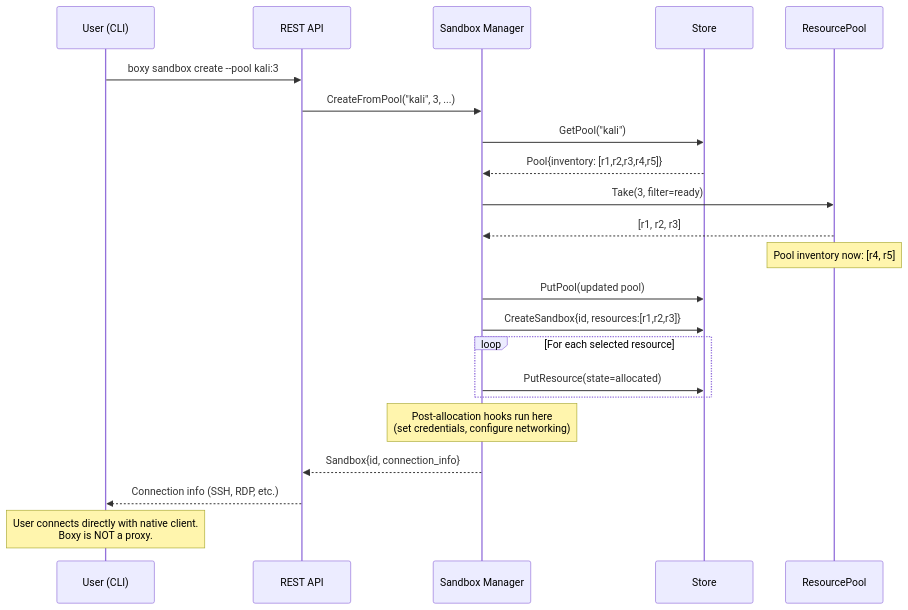
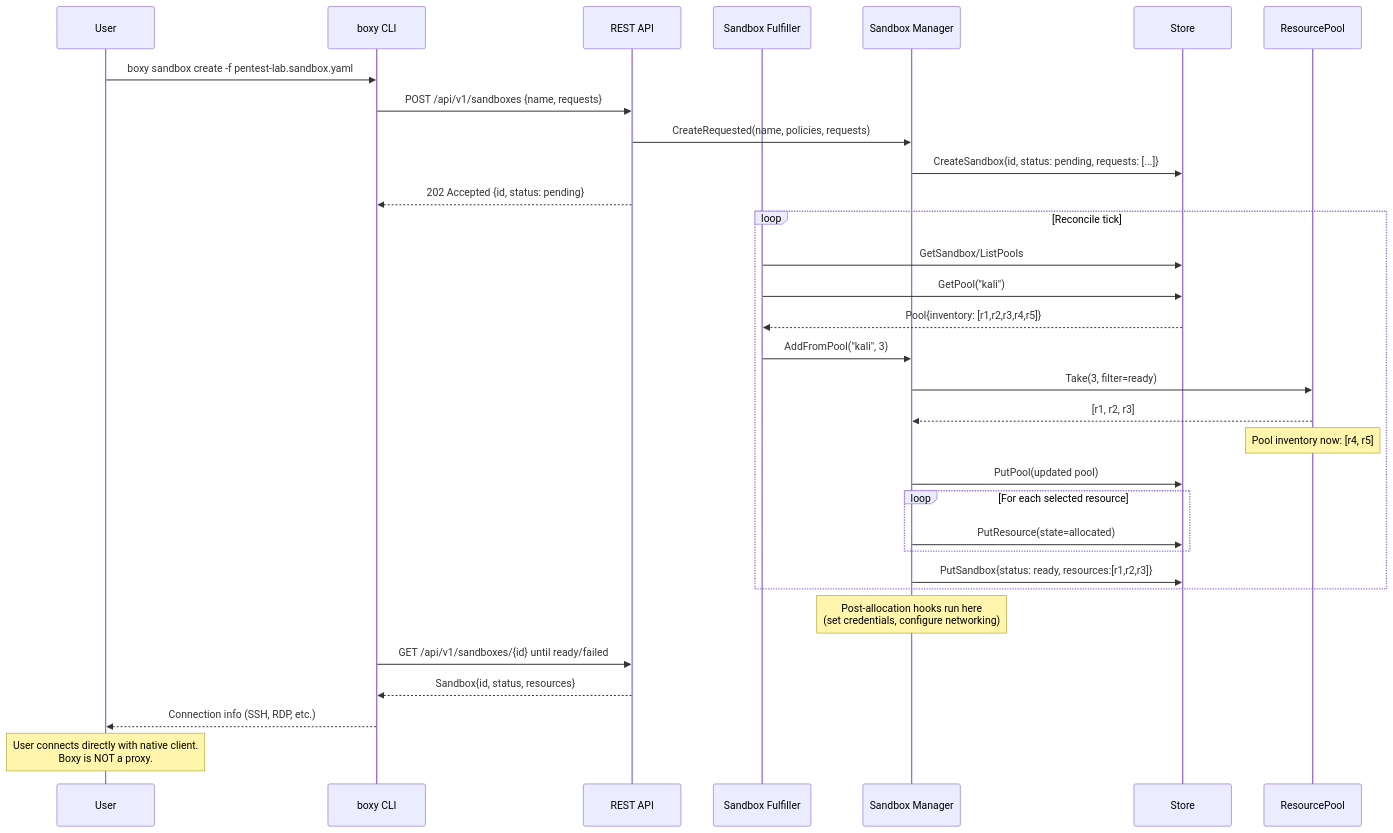
One commit to Geogboe/boxy changed the tenth of 12 diagrams in docs/architecture.md. Above: the diagram before and after it, drawn with Mermaid. The commit also changed other lines of this file and 6 other files, not shown here.

First line of the commit message:
fix: harden async sandbox create API contract

````diff
--- a/docs/architecture.md
+++ b/docs/architecture.md
@@ -408,32 +410,43 @@
 ```mermaid
 sequenceDiagram
-    participant User as User (CLI)
+    participant User as User
+    participant CLI as boxy CLI
     participant API as REST API
+    participant Fulfiller as Sandbox Fulfiller
     participant SBM as Sandbox Manager
     participant Store as Store
     participant RP as ResourcePool
 
-    User->>API: boxy sandbox create --pool kali:3
+    User->>CLI: boxy sandbox create -f pentest-lab.sandbox.yaml
+    CLI->>API: POST /api/v1/sandboxes {name, requests}
+    API->>SBM: CreateRequested(name, policies, requests)
+    SBM->>Store: CreateSandbox{id, status: pending, requests: [...]}
+    API-->>CLI: 202 Accepted {id, status: pending}
 
-    API->>SBM: CreateFromPool("kali", 3, ...)
-    SBM->>Store: GetPool("kali")
-    Store-->>SBM: Pool{inventory: [r1,r2,r3,r4,r5]}
+    loop Reconcile tick
+        Fulfiller->>Store: GetSandbox/ListPools
+        Fulfiller->>Store: GetPool("kali")
+        Store-->>Fulfiller: Pool{inventory: [r1,r2,r3,r4,r5]}
 
-    SBM->>RP: Take(3, filter=ready)
-    RP-->>SBM: [r1, r2, r3]
-    Note over RP: Pool inventory now: [r4, r5]
+        Fulfiller->>SBM: AddFromPool("kali", 3)
+        SBM->>RP: Take(3, filter=ready)
+        RP-->>SBM: [r1, r2, r3]
+        Note over RP: Pool inventory now: [r4, r5]
 
-    SBM->>Store: PutPool(updated pool)
-    SBM->>Store: CreateSandbox{id, resources:[r1,r2,r3]}
+        SBM->>Store: PutPool(updated pool)
 
-    loop For each selected resource
-        SBM->>Store: PutResource(state=allocated)
+        loop For each selected resource
+            SBM->>Store: PutResource(state=allocated)
+        end
+
+        SBM->>Store: PutSandbox{status: ready, resources:[r1,r2,r3]}
     end
 
     Note over SBM: Post-allocation hooks run here<br/>(set credentials, configure networking)
 
-    SBM-->>API: Sandbox{id, connection_info}
-    API-->>User: Connection info (SSH, RDP, etc.)
+    CLI->>API: GET /api/v1/sandboxes/{id} until ready/failed
+    API-->>CLI: Sandbox{id, status, resources}
+    CLI-->>User: Connection info (SSH, RDP, etc.)
 
     Note over User: User connects directly with native client.<br/>Boxy is NOT a proxy.
 ```
````
